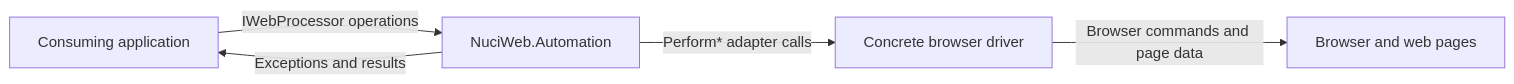
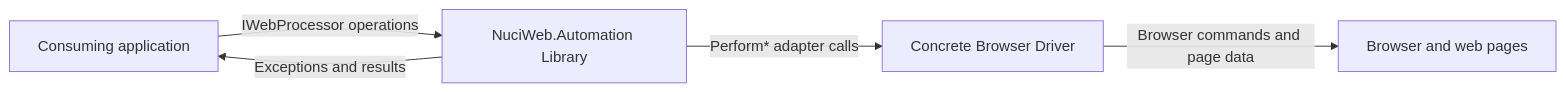
The first of 6 diagrams in ARCHITECTURE.md (hmlendea/nuciweb.automation), drawn with Mermaid before and after one commit. The commit also changed other lines of this file and 5 other files, not shown here.

````diff
--- a/ARCHITECTURE.md
+++ b/ARCHITECTURE.md
@@ -40,7 +36,7 @@
 ```mermaid
 flowchart LR
-    App[Consuming application] -->|IWebProcessor operations| Library[NuciWeb.Automation]
-    Library -->|Perform* adapter calls| Driver[Concrete browser driver]
-    Driver -->|Browser commands and page data| Browser[Browser and web pages]
+    App[Consuming application] -->|IWebProcessor operations| Library[NuciWeb.Automation Library]
+    Library -->|Perform* adapter calls| Adapter[Concrete Browser Driver]
+    Adapter -->|Browser commands and page data| Browser[Browser and web pages]
     Library -->|Exceptions and results| App
 ```
````
